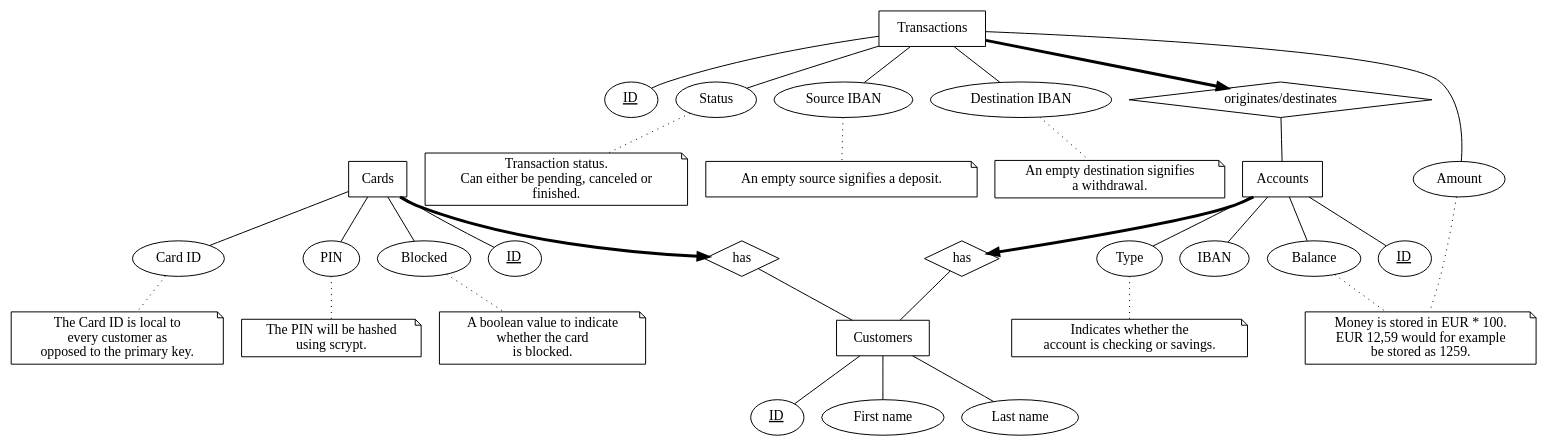
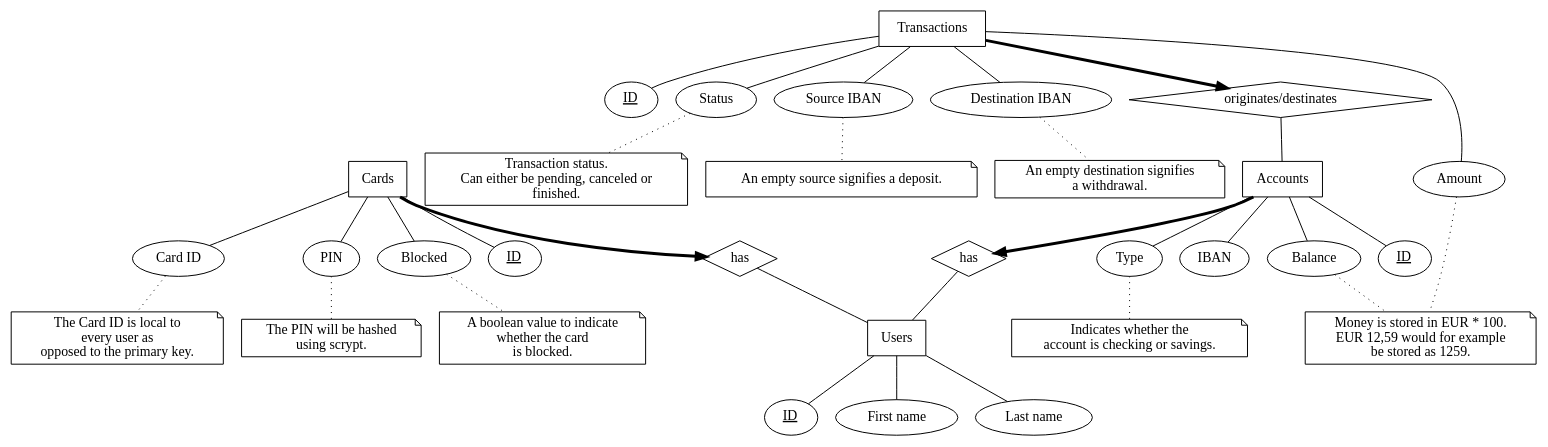
Before and after one commit to Herbankers/hb-server: the diagram in kech.gv, drawn with Graphviz. The commit also changed 4 other files, not shown here.

Commit message:
change all references from customer to user

```diff
--- a/kech.gv
+++ b/kech.gv
@@ -1,90 +1,90 @@
 digraph {
-	A [label="Customers",shape=box];
+	A [label="Users",shape=box];
 	a1 [label=<<u>ID</u>>];
 	a2 [label="First name"];
 	a3 [label="Last name"];
 
 	B [label="Cards",shape=box];
 	b1 [label=<<u>ID</u>>];
 	b2 [label="Card ID"];
 	b3 [label="PIN"];
 	b4 [label="Blocked"];
 
 	C [label="Accounts",shape=box];
 	c1 [label=<<u>ID</u>>];
 	c2 [label="Type"];
 	c3 [label="IBAN"];
 	c4 [label="Balance"];
 
 	D [label="Transactions",shape=box];
 	d1 [label=<<u>ID</u>>];
 	d2 [label="Status"];
 	d3 [label="Source IBAN"];
 	d4 [label="Destination IBAN"];
 	d5 [label="Amount"];
 
 	r1 [label="has",shape=diamond];
 	r2 [label="has",shape=diamond];
 	r3 [label="originates/destinates",shape=diamond];
 
 	subgraph attributes {
 		edge [dir=none];
 
-		/* Customers */
+		/* Users */
 		A -> a1;
 		A -> a2;
 		A -> a3;
 
 		/* Cards */
 		B -> b1;
 		B -> b2;
 		B -> b3;
 		B -> b4;
 
 		/* Accounts */
 		C -> c1;
 		C -> c2;
 		C -> c3;
 		C -> c4;
 
 		/* Transactions */
 		D -> d1;
 		D -> d2;
 		D -> d3;
 		D -> d4;
 		D -> d5;
 	}
 
 	subgraph relations {
 		edge [dir=none];
 
 		r1 -> A;
 		r2 -> A;
 		r3 -> C;
 	}
 
 	subgraph relations_arrow {
 		B -> r1 [penwidth=3];
 		C -> r2 [penwidth=3];
 		D -> r3 [penwidth=3];
 	}
 
 	subgraph notes {
 		node [shape=note];
 		edge [dir=none,style=dotted];
 
 		n1 [label="Money is stored in EUR * 100.\nEUR 12,59 would for example\nbe stored as 1259."];
 
-		b2 -> "The Card ID is local to\nevery customer as\nopposed to the primary key.";
+		b2 -> "The Card ID is local to\nevery user as\nopposed to the primary key.";
 		b3 -> "The PIN will be hashed\nusing scrypt.";
 		b4 -> "A boolean value to indicate\nwhether the card\nis blocked.";
 
 		c2 -> "Indicates whether the\naccount is checking or savings.";
 		c4 -> n1;
 
 		d2 -> "Transaction status.\nCan either be pending, canceled or\n finished."
 		d3 -> "An empty source signifies a deposit.";
 		d4 -> "An empty destination signifies\na withdrawal.";
 		d5 -> n1;
 	}
 }
```
